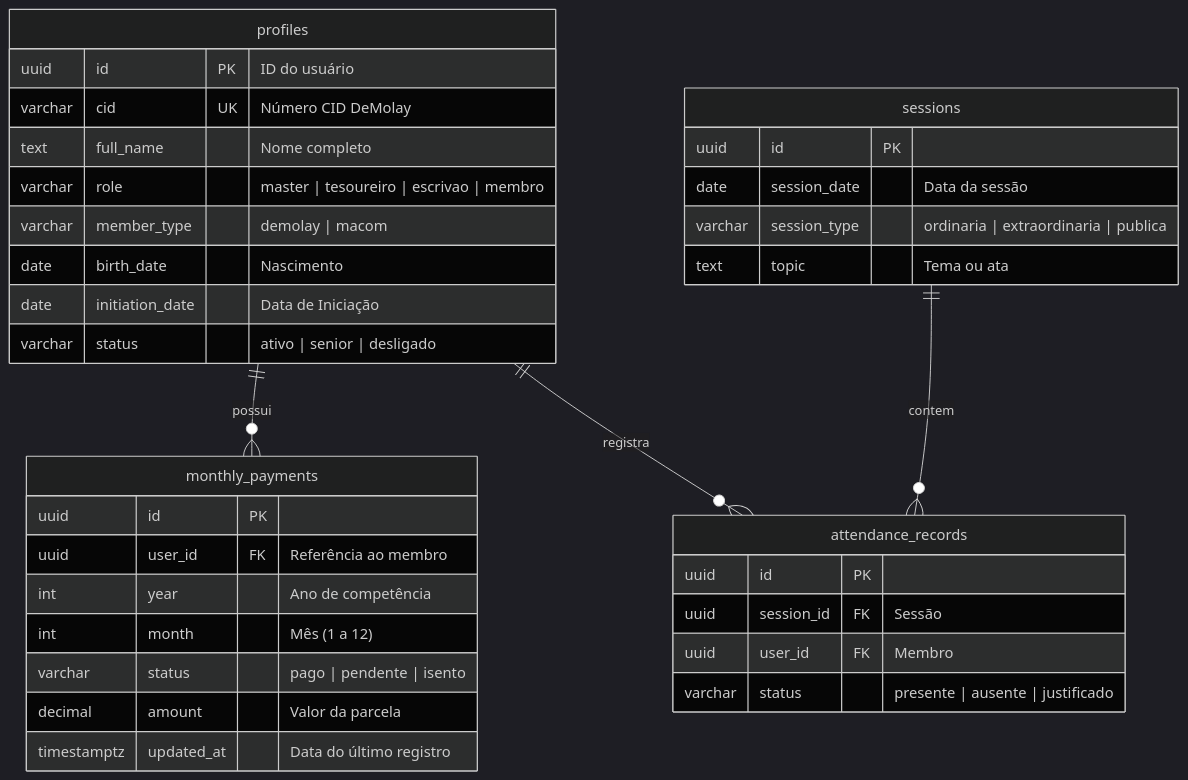
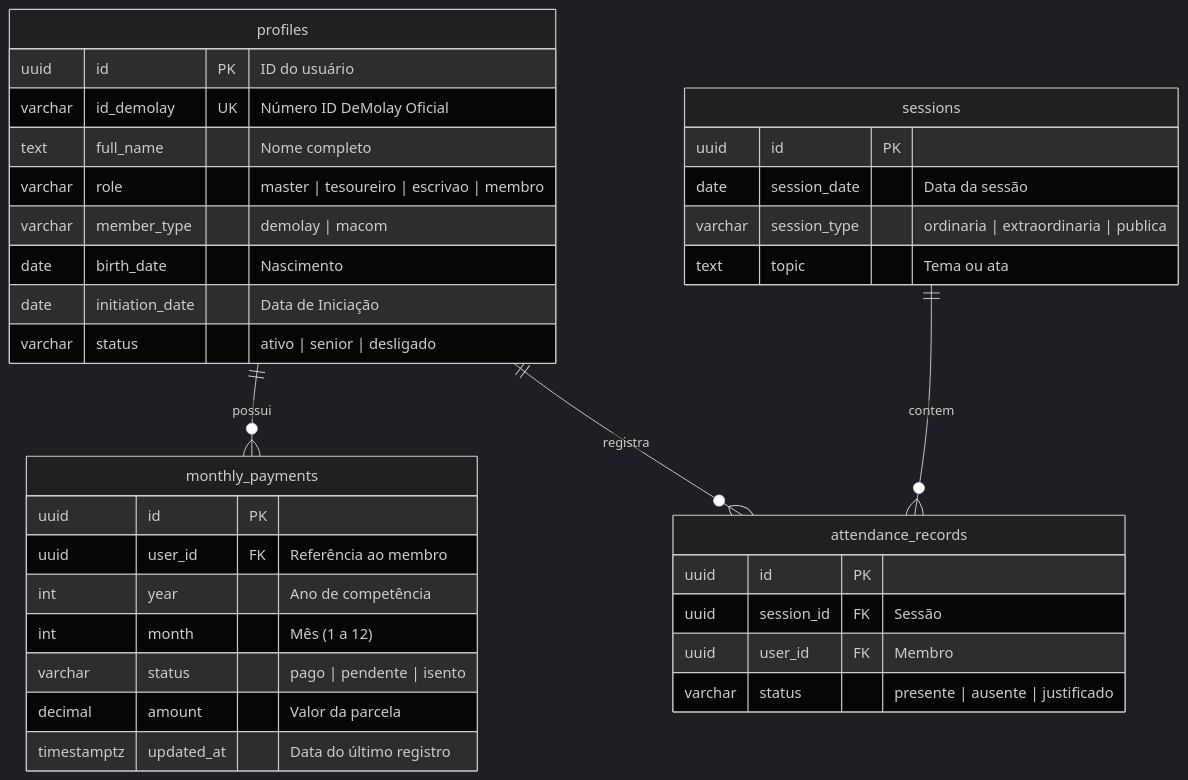
Before and after one commit to jotamonteiro0/site-cn: the second of 2 diagrams in docs/03 - Banco de Dados e Acessos (RBAC).md, drawn with Mermaid (dark theme). The commit also changed 4 other files, not shown here.

````diff
--- a/docs/03 - Banco de Dados e Acessos (RBAC).md
+++ b/docs/03 - Banco de Dados e Acessos (RBAC).md
@@ -41,41 +41,41 @@
 ```mermaid
 erDiagram
     profiles ||--o{ monthly_payments : possui
     profiles ||--o{ attendance_records : registra
     sessions ||--o{ attendance_records : contem
 
     profiles {
         uuid id PK "ID do usuário"
-        varchar cid UK "Número CID DeMolay"
+        varchar id_demolay UK "Número ID DeMolay Oficial"
         text full_name "Nome completo"
         varchar role "master | tesoureiro | escrivao | membro"
         varchar member_type "demolay | macom"
         date birth_date "Nascimento"
         date initiation_date "Data de Iniciação"
         varchar status "ativo | senior | desligado"
     }
 
     monthly_payments {
         uuid id PK
         uuid user_id FK "Referência ao membro"
         int year "Ano de competência"
         int month "Mês (1 a 12)"
         varchar status "pago | pendente | isento"
         decimal amount "Valor da parcela"
         timestamptz updated_at "Data do último registro"
     }
 
     sessions {
         uuid id PK
         date session_date "Data da sessão"
         varchar session_type "ordinaria | extraordinaria | publica"
         text topic "Tema ou ata"
     }
 
     attendance_records {
         uuid id PK
         uuid session_id FK "Sessão"
         uuid user_id FK "Membro"
         varchar status "presente | ausente | justificado"
     }
 ```
````
